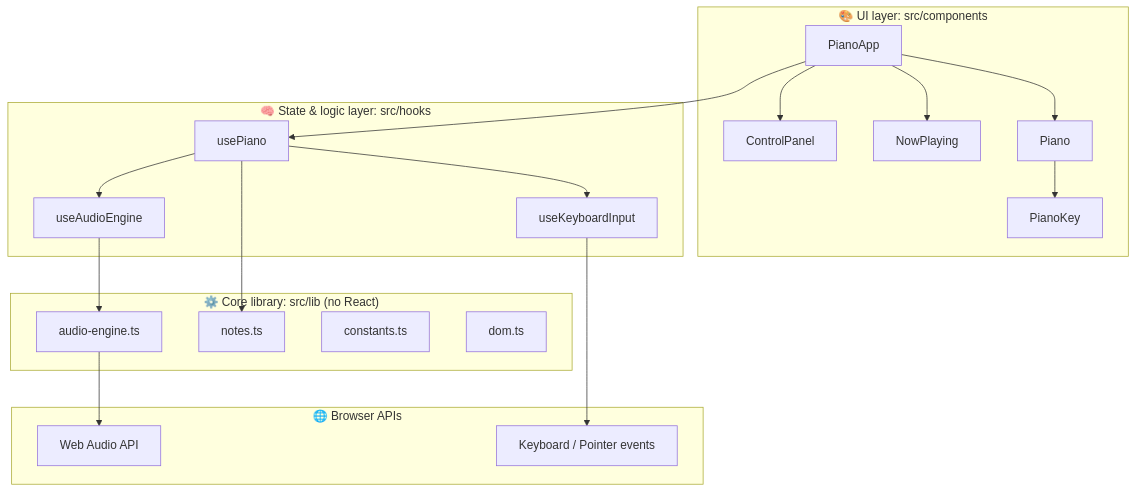
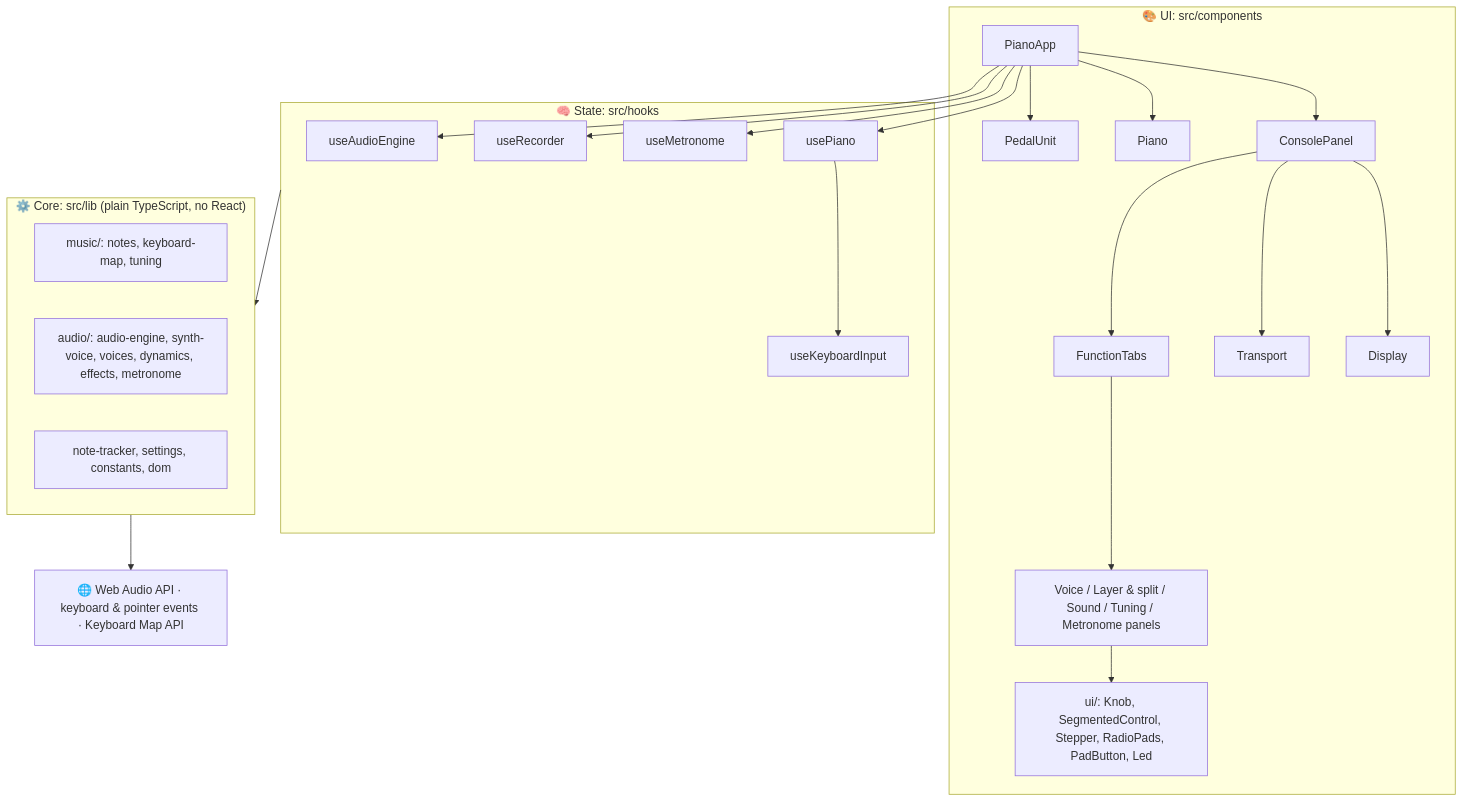
Before and after one commit to satyaidk/funkeys: the first of 5 diagrams in docs/architecture.md, drawn with Mermaid. The commit also changed other lines of this file and 109 other files, not shown here.

````diff
--- a/docs/architecture.md
+++ b/docs/architecture.md
@@ -32,31 +38,29 @@
 ```mermaid
 flowchart TB
-    subgraph UI["🎨 UI layer: src/components"]
-        PianoApp --> ControlPanel
-        PianoApp --> NowPlaying
-        PianoApp --> Piano --> PianoKey
+    subgraph UI["🎨 UI: src/components"]
+        PianoApp --> ConsolePanel & Piano & PedalUnit
+        ConsolePanel --> Display & Transport & FunctionTabs
+        FunctionTabs --> Panels["Voice / Layer & split / Sound / Tuning / Metronome panels"]
+        Panels --> Primitives["ui/: Knob, SegmentedControl, Stepper, RadioPads, PadButton, Led"]
     end
 
-    subgraph Hooks["🧠 State & logic layer: src/hooks"]
+    subgraph Hooks["🧠 State: src/hooks"]
         usePiano --> useKeyboardInput
-        usePiano --> useAudioEngine
+        useMetronome
+        useRecorder
+        useAudioEngine
     end
 
-    subgraph Lib["⚙️ Core library: src/lib (no React)"]
-        AudioEngine["audio-engine.ts"]
-        notes["notes.ts"]
-        constants["constants.ts"]
-        dom["dom.ts"]
+    subgraph Lib["⚙️ Core: src/lib (plain TypeScript, no React)"]
+        direction LR
+        music["music/: notes, keyboard-map, tuning"]
+        audio["audio/: audio-engine, synth-voice, voices, dynamics, effects, metronome"]
+        state["note-tracker, settings, constants, dom"]
     end
 
-    subgraph Browser["🌐 Browser APIs"]
-        WebAudio["Web Audio API"]
-        Keyboard["Keyboard / Pointer events"]
-    end
+    Browser["🌐 Web Audio API · keyboard & pointer events · Keyboard Map API"]
 
-    PianoApp --> usePiano
-    useAudioEngine --> AudioEngine
-    usePiano --> notes
-    AudioEngine --> WebAudio
-    useKeyboardInput --> Keyboard
+    PianoApp --> usePiano & useMetronome & useRecorder & useAudioEngine
+    Hooks --> Lib
+    Lib --> Browser
 ```
````
